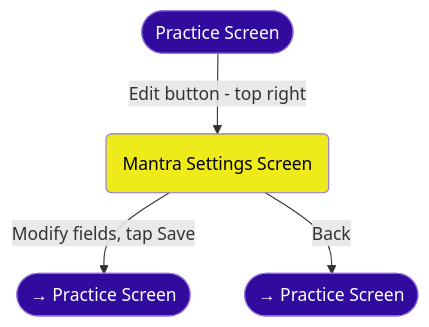
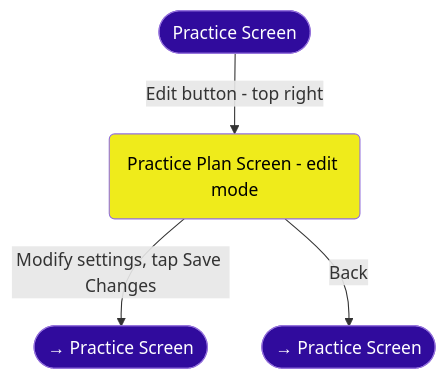
The seventh of 11 diagrams in docs/product/app_flowchart.md (E-Brons/MyMantra), drawn with Mermaid before and after one commit. The commit also changed other lines of this file and 1 other file, not shown here.

First line of the commit message:
doc: app_flowchart v0.3 — two-screen model + implementation plan

````diff
--- a/docs/product/app_flowchart.md
+++ b/docs/product/app_flowchart.md
@@ -433,12 +440,12 @@
 ```mermaid
 graph TD
-    PRACTICE([Practice Screen]) -->|Edit button - top right| SETTINGS(Mantra Settings Screen)
+    PRACTICE([Practice Screen]) -->|Edit button - top right| PLAN(Practice Plan Screen - edit mode)
 
-    SETTINGS -->|Modify fields, tap Save| PRACTICE_RETURN([→ Practice Screen])
-    SETTINGS -->|Back| PRACTICE_BACK([→ Practice Screen])
+    PLAN -->|Modify settings, tap Save Changes| PRACTICE_RETURN([→ Practice Screen])
+    PLAN -->|Back| PRACTICE_BACK([→ Practice Screen])
 
     style PRACTICE fill:#300B9D,color:#fff
-    style SETTINGS fill:#EFEB1B,color:#000
+    style PLAN fill:#EFEB1B,color:#000
     style PRACTICE_RETURN fill:#300B9D,color:#fff
     style PRACTICE_BACK fill:#300B9D,color:#fff
 ```
````
